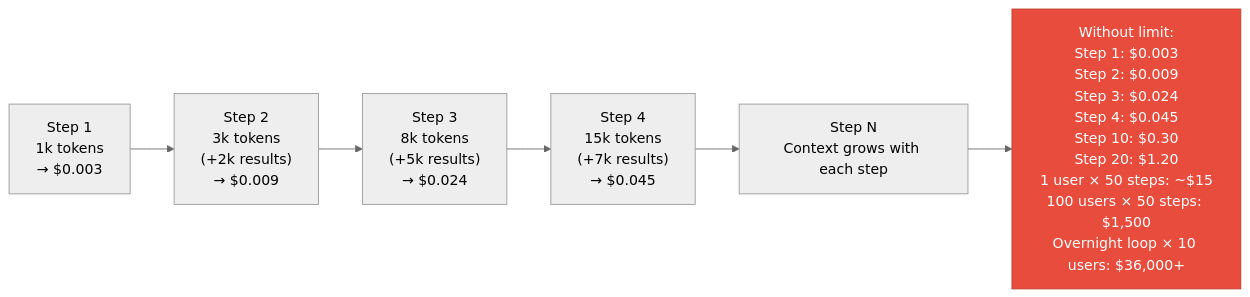
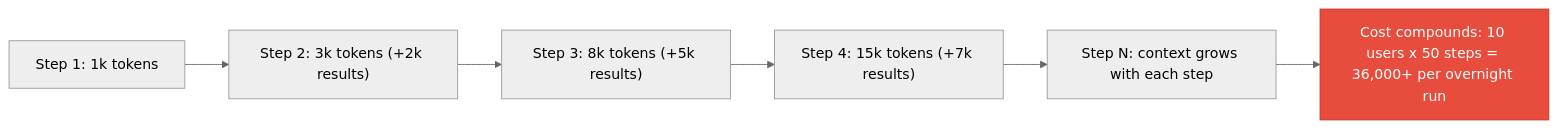
The second of 2 diagrams in docs-site/content/13-agent-workflows/failures/cost-runaway.md (gauravprwl14/system-design-course), drawn with Mermaid (neutral theme) before and after one commit. The commit also changed other lines of this file and 125 other files, not shown here.

````diff
--- a/docs-site/content/13-agent-workflows/failures/cost-runaway.md
+++ b/docs-site/content/13-agent-workflows/failures/cost-runaway.md
@@ -53,16 +53,16 @@
 ```mermaid
 graph LR
-    S1["Step 1\n1k tokens\n→ $0.003"]
-    S2["Step 2\n3k tokens\n(+2k results)\n→ $0.009"]
-    S3["Step 3\n8k tokens\n(+5k results)\n→ $0.024"]
-    S4["Step 4\n15k tokens\n(+7k results)\n→ $0.045"]
-    SN["Step N\nContext grows with each step"]
+    S1["Step 1: 1k tokens"]
+    S2["Step 2: 3k tokens (+2k results)"]
+    S3["Step 3: 8k tokens (+5k results)"]
+    S4["Step 4: 15k tokens (+7k results)"]
+    SN["Step N: context grows with each step"]
 
     S1 --> S2 --> S3 --> S4 --> SN
 
-    TOTAL["Without limit:\nStep 1: $0.003\nStep 2: $0.009\nStep 3: $0.024\nStep 4: $0.045\nStep 10: $0.30\nStep 20: $1.20\n1 user × 50 steps: ~$15\n100 users × 50 steps: $1,500\nOvernight loop × 10 users: $36,000+"]
+    TOTAL["Cost compounds: 10 users x 50 steps = 36,000+ per overnight run"]
 
     SN --> TOTAL
 
     style TOTAL fill:#e74c3c,stroke:#c0392b,color:#fff
 ```
````
